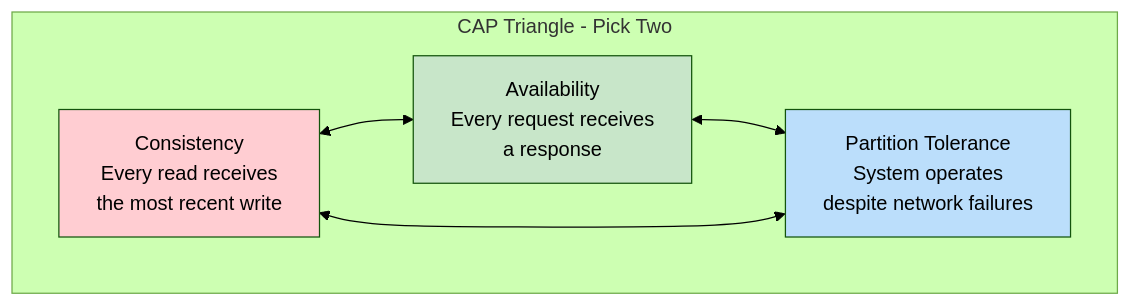
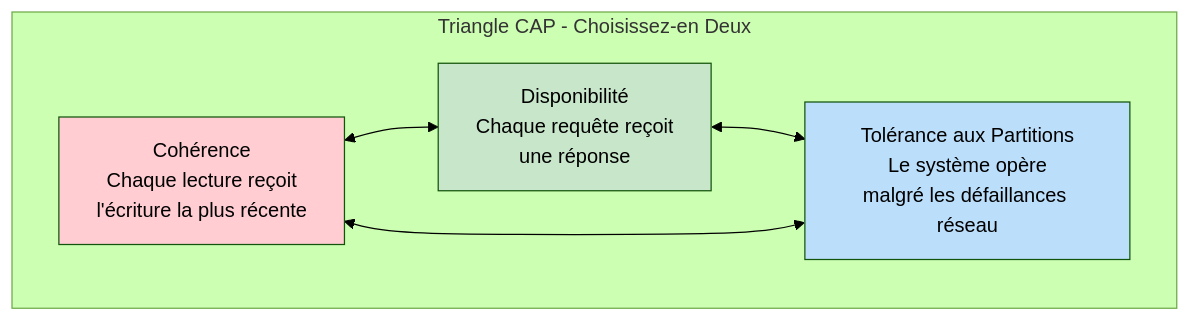
One commit to dardourimohamed/distributed-systems-course changed the first of 12 diagrams in src/data-store/02-cap-theorem.md. Above: the diagram before and after it, drawn with Mermaid (forest theme). The commit also changed other lines of this file and 38 other files, not shown here.

````diff
--- a/src/data-store/02-cap-theorem.md
+++ b/src/data-store/02-cap-theorem.md
@@ -16,16 +16,16 @@
 ```mermaid
 graph TB
-    subgraph "CAP Triangle - Pick Two"
-        C["Consistency<br/>Every read receives<br/>the most recent write"]
-        A["Availability<br/>Every request receives<br/>a response"]
-        P["Partition Tolerance<br/>System operates<br/>despite network failures"]
+    subgraph "Triangle CAP - Choisissez-en Deux"
+        C["Cohérence<br/>Chaque lecture reçoit<br/>l'écriture la plus récente"]
+        A["Disponibilité<br/>Chaque requête reçoit<br/>une réponse"]
+        P["Tolérance aux Partitions<br/>Le système opère<br/>malgré les défaillances réseau"]
     end
 
     C <--> A
     A <--> P
     P <--> C
 
     style C fill:#ffcdd2
     style A fill:#c8e6c9
     style P fill:#bbdefb
 ```
````
